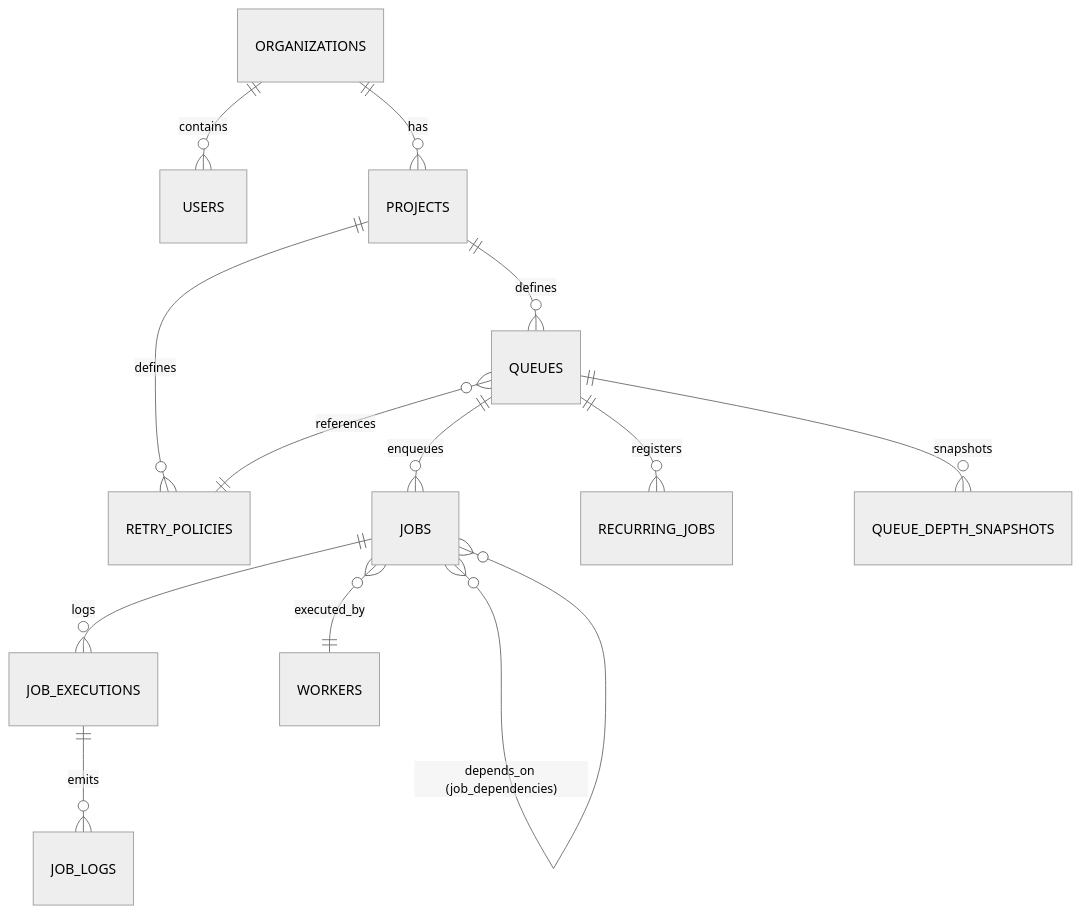
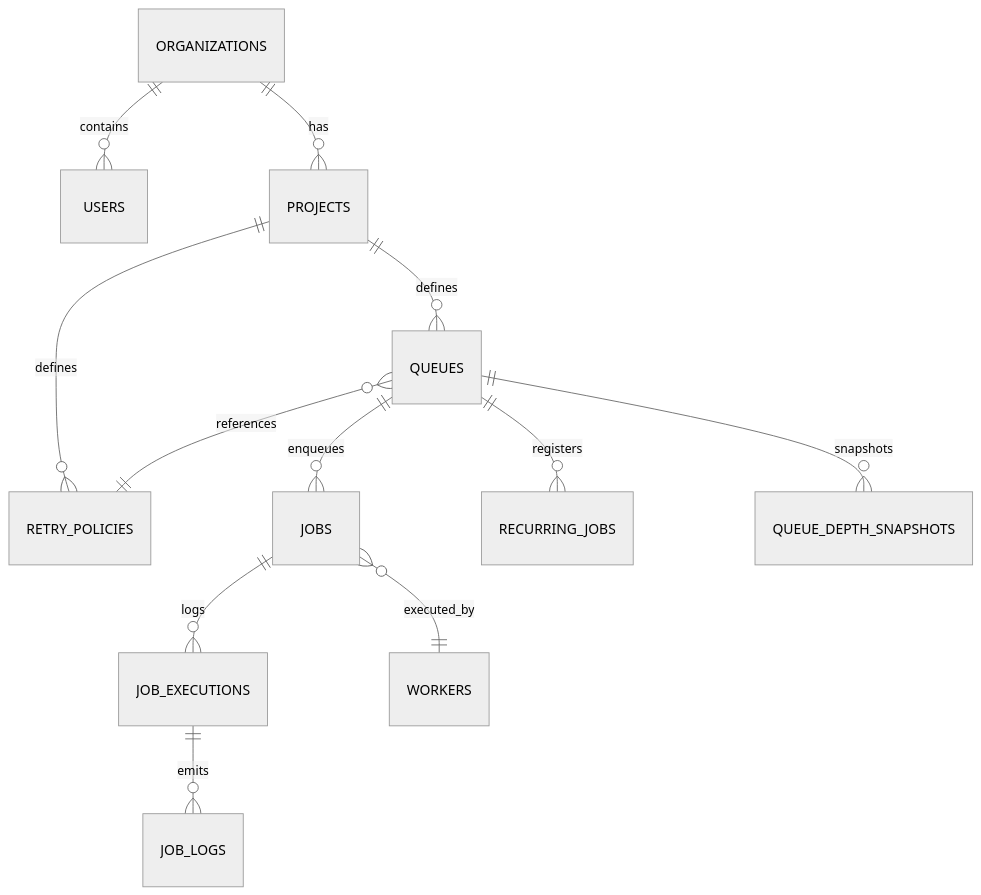
Before and after one commit to Neha-0019/Jobsphere-Distributed-Job-Scheduler: the second of 2 diagrams in README.md, drawn with Mermaid (neutral theme). The commit also changed 1 other file, not shown here.

````diff
--- a/README.md
+++ b/README.md
@@ -98,15 +98,14 @@
 ```mermaid
 erDiagram
     ORGANIZATIONS ||--o{ USERS : "contains"
     ORGANIZATIONS ||--o{ PROJECTS : "has"
     PROJECTS ||--o{ QUEUES : "defines"
     PROJECTS ||--o{ RETRY_POLICIES : "defines"
     QUEUES ||--o{ JOBS : "enqueues"
     QUEUES ||--o{ RECURRING_JOBS : "registers"
     QUEUES ||--o{ QUEUE_DEPTH_SNAPSHOTS : "snapshots"
     QUEUES }o--|| RETRY_POLICIES : "references"
     JOBS ||--o{ JOB_EXECUTIONS : "logs"
-    JOBS }o--o{ JOBS : "depends_on (job_dependencies)"
     JOBS }o--|| WORKERS : "executed_by"
     JOB_EXECUTIONS ||--o{ JOB_LOGS : "emits"
 ```
````
